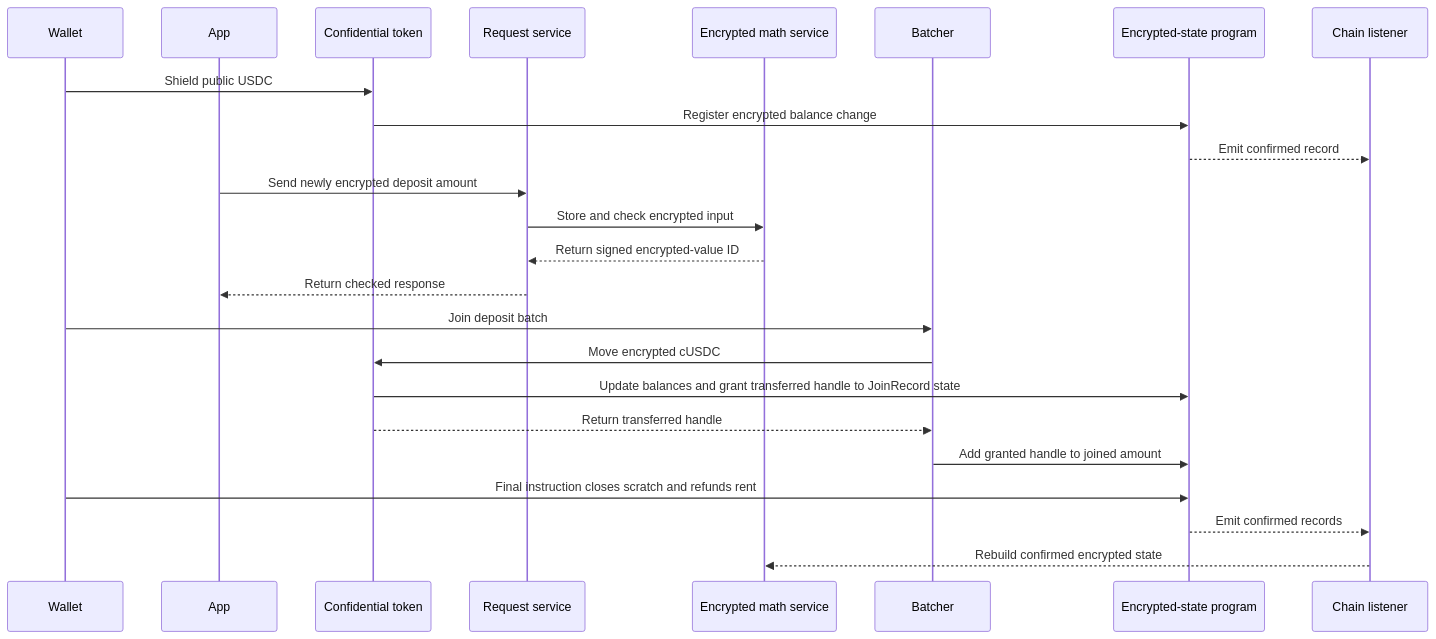
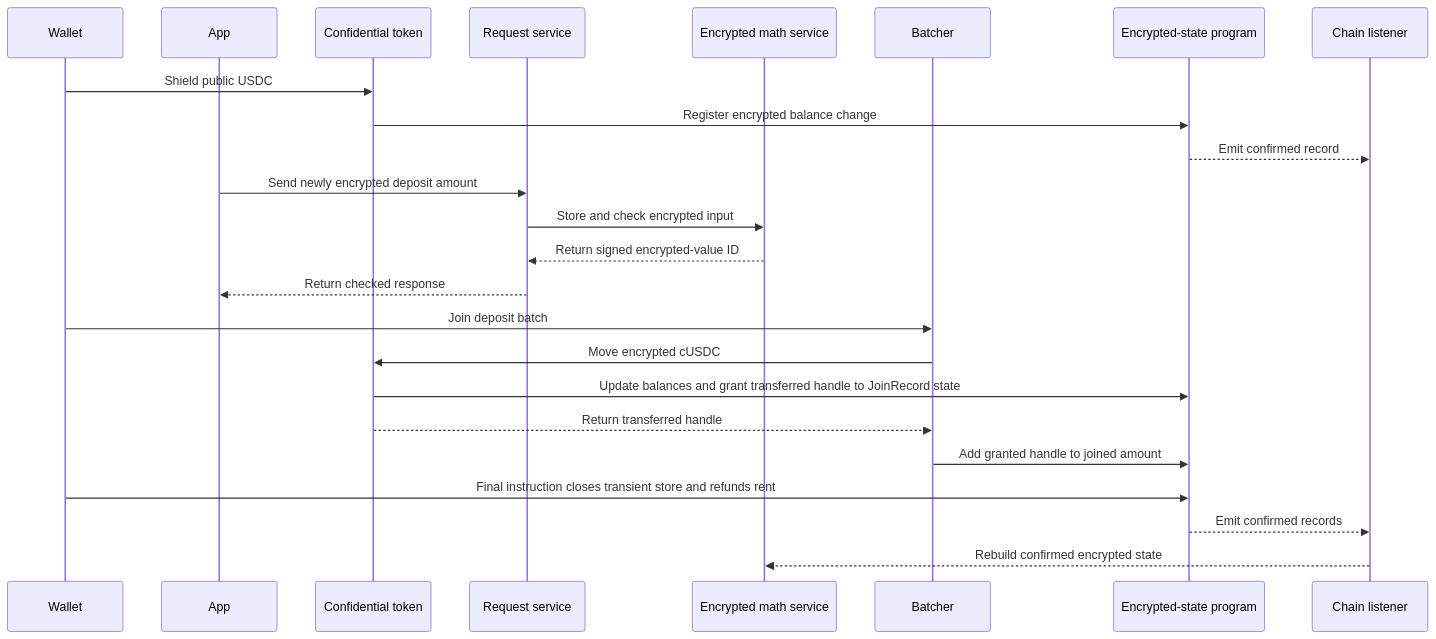
Before and after one commit to zama-ai/fhevm: the fourth of 5 diagrams in solana/demo-dapp/README.md, drawn with Mermaid. The commit also changed other lines of this file and 101 other files, not shown here.

````diff
--- a/solana/demo-dapp/README.md
+++ b/solana/demo-dapp/README.md
@@ -125,27 +125,27 @@
 ```mermaid
 sequenceDiagram
     participant Wallet
     participant App
     participant Token as Confidential token
     participant Relayer as Request service
     participant Compute as Encrypted math service
     participant Batch as Batcher
     participant Host as Encrypted-state program
     participant Listener as Chain listener
 
     Wallet->>Token: Shield public USDC
     Token->>Host: Register encrypted balance change
     Host-->>Listener: Emit confirmed record
     App->>Relayer: Send newly encrypted deposit amount
     Relayer->>Compute: Store and check encrypted input
     Compute-->>Relayer: Return signed encrypted-value ID
     Relayer-->>App: Return checked response
     Wallet->>Batch: Join deposit batch
     Batch->>Token: Move encrypted cUSDC
     Token->>Host: Update balances and grant transferred handle to JoinRecord state
     Token-->>Batch: Return transferred handle
     Batch->>Host: Add granted handle to joined amount
-    Wallet->>Host: Final instruction closes scratch and refunds rent
+    Wallet->>Host: Final instruction closes transient store and refunds rent
     Host-->>Listener: Emit confirmed records
     Listener-->>Compute: Rebuild confirmed encrypted state
 ```
````
